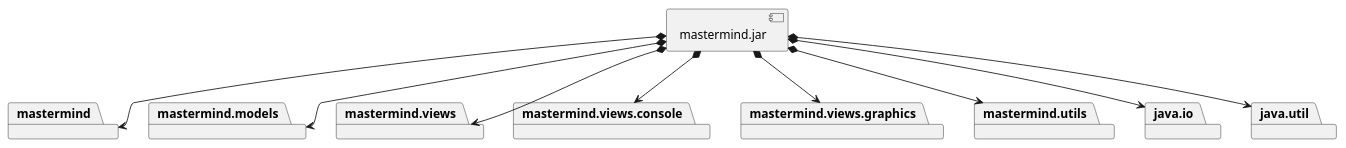
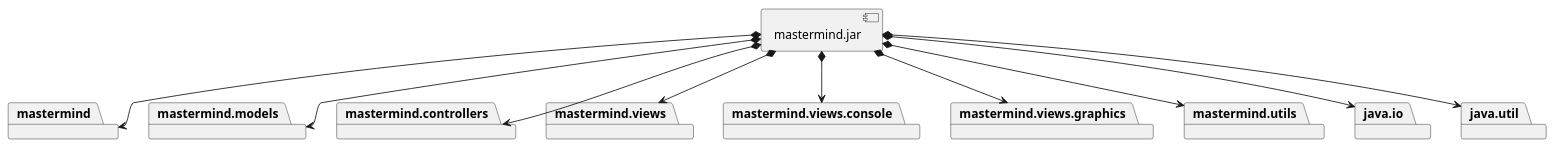
The first of 2 diagrams in modelViewPresenter/presentationModel/basic/docs/diagrams/src/vistas.plantuml (SantaTecla-mastermind/solution.java.swing.socket.sql), drawn with PlantUML before and after one commit. The commit also changed 1 other file, not shown here.

```diff
--- a/modelViewPresenter/presentationModel/basic/docs/diagrams/src/vistas.plantuml
+++ b/modelViewPresenter/presentationModel/basic/docs/diagrams/src/vistas.plantuml
@@ -1,29 +1,32 @@
 @startuml desarrollo_implementacion
 package "  "  as mastermind {
 }
 package "  "  as mastermind.models {
+}
+package "  "  as mastermind.controllers{
 }
 package "  "  as mastermind.views {
 }
 package "  "  as mastermind.views.console {
 }
 package "  "  as mastermind.views.graphics {
 }
 package "  "  as mastermind.utils {
 }
 package "  "  as java.io {
 }
 package "  "  as java.util {
 }
 
 [mastermind.jar] as jar
 
 jar *--> mastermind
 jar *--> mastermind.models
+jar *--> mastermind.controllers
 jar *--> mastermind.views
 jar *--> mastermind.views.console
 jar *--> mastermind.views.graphics
 jar *--> mastermind.utils
 jar *--> java.io
 jar *--> java.util
 @enduml
```
